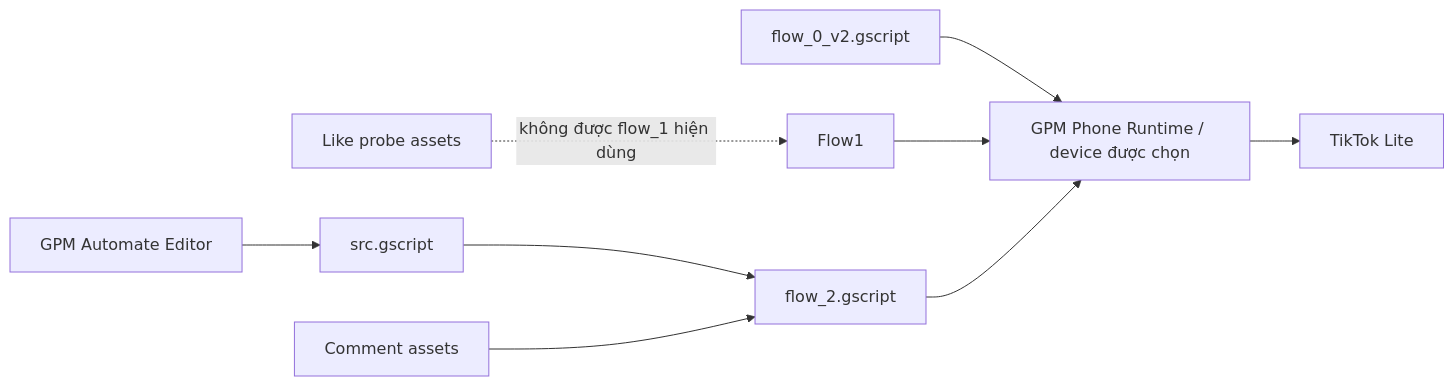
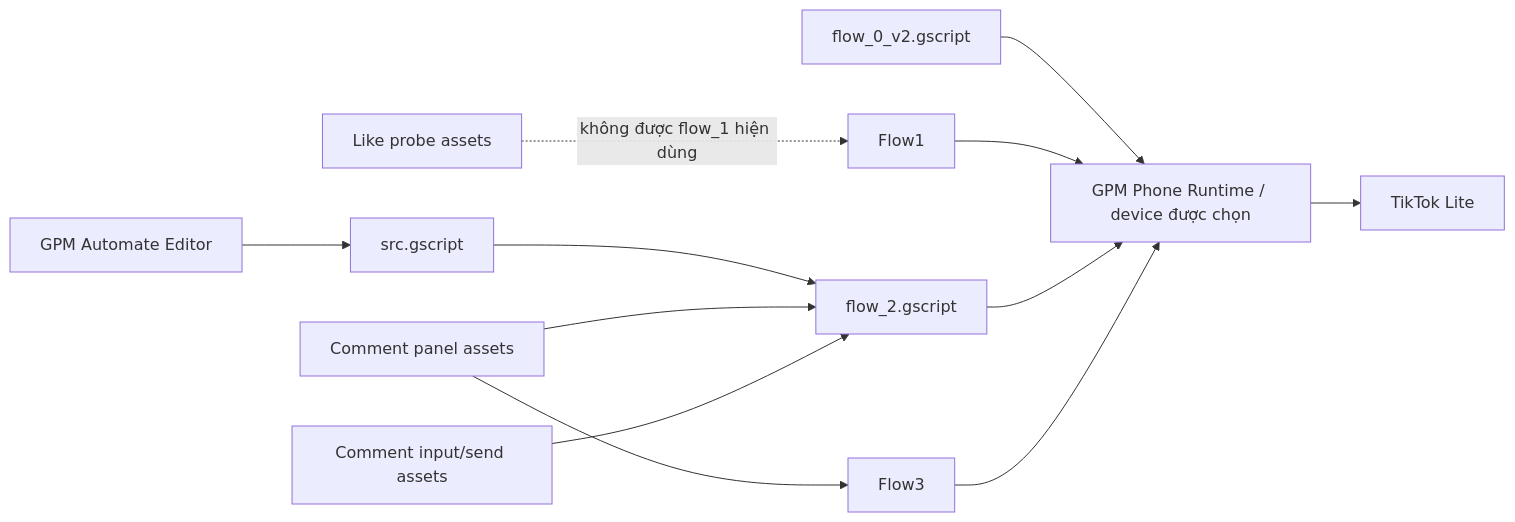
One commit to phudinhvfx/gpmautomate_box_v2 changed the diagram in CONNECTIONS.md. Above: the diagram before and after it, drawn with Mermaid. The commit also changed other lines of this file and 9 other files, not shown here.

````diff
--- a/CONNECTIONS.md
+++ b/CONNECTIONS.md
@@ -5,11 +5,14 @@
 ```mermaid
 flowchart LR
   Editor[GPM Automate Editor] --> Main[src.gscript]
   Main --> Flow2[flow_2.gscript]
   Flow0[flow_0_v2.gscript] --> Phone[GPM Phone Runtime / device được chọn]
   Flow1 --> Phone
   Flow2 --> Phone
+  Flow3 --> Phone
   Phone --> Lite[TikTok Lite]
-  Assets[Comment assets] --> Flow2
+  Assets[Comment panel assets] --> Flow2
+  Assets --> Flow3
+  SendAssets[Comment input/send assets] --> Flow2
   LikeAssets[Like probe assets] -.không được flow_1 hiện dùng.-> Flow1
 ```
````
